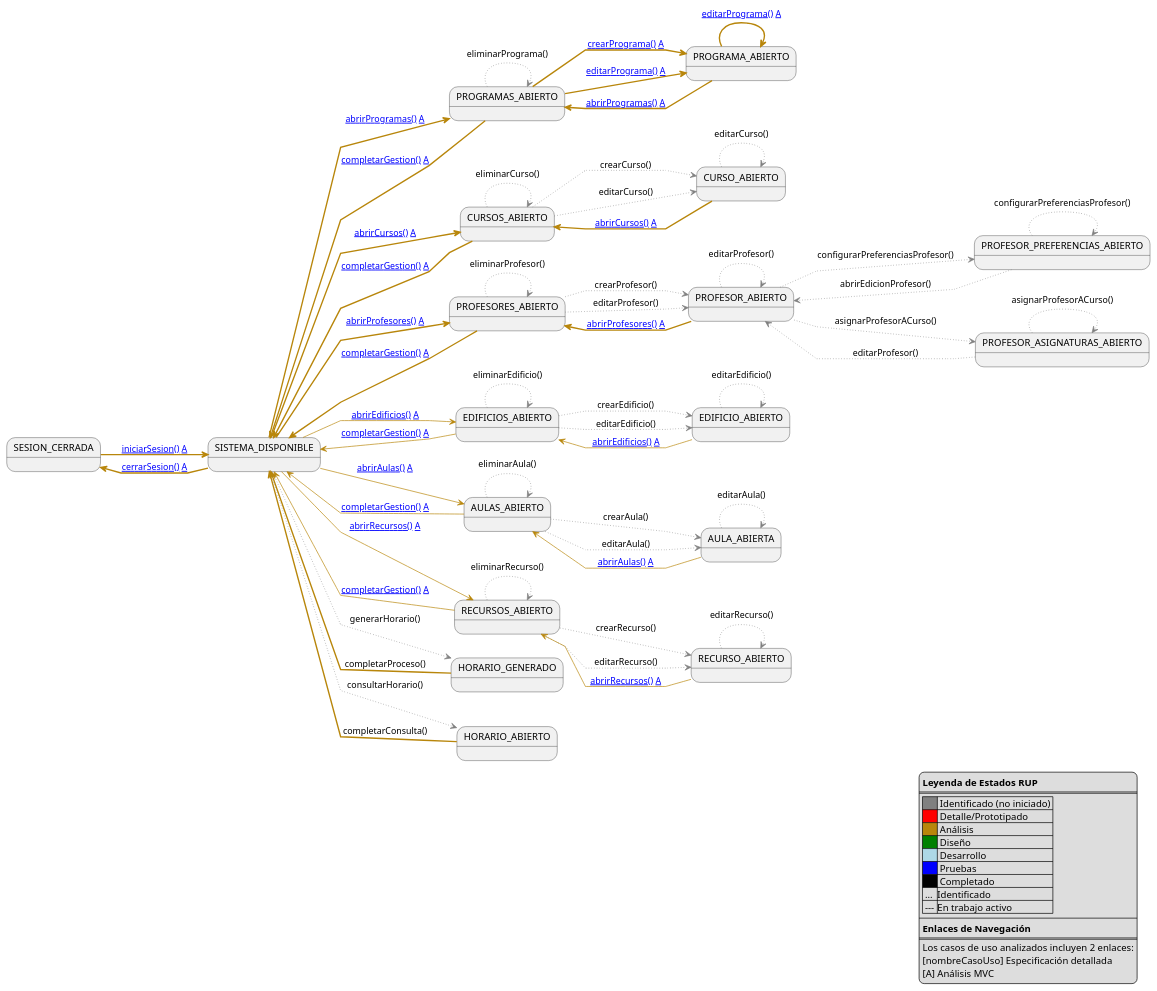
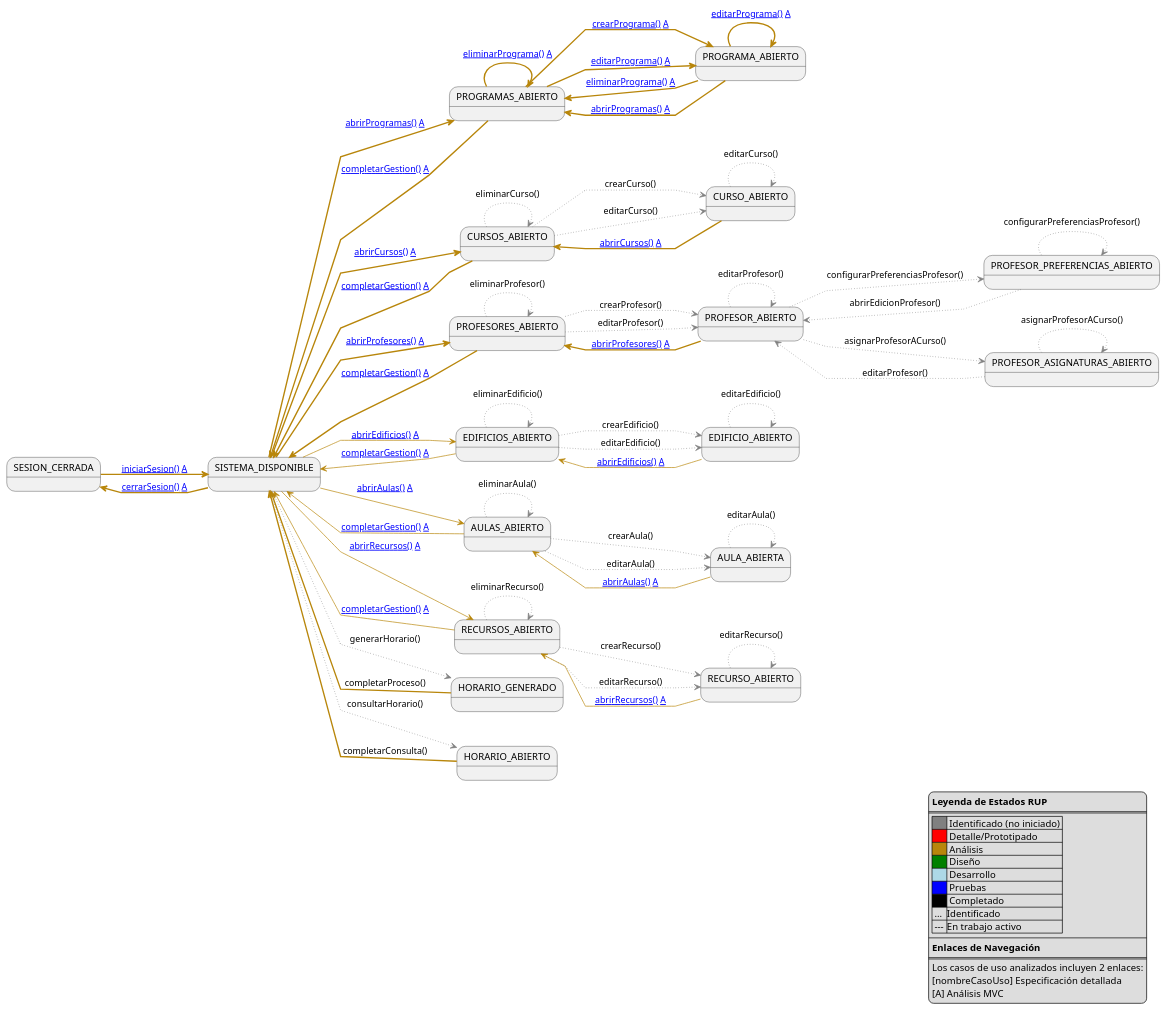
Before and after one commit to Hexcss/scheduler: the diagram in RUP/99-seguimiento/diagrama-contexto-administrador.puml, drawn with PlantUML. The commit also changed 16 other files, not shown here.

First line of the commit message:
feat(rup): implementar eliminarPrograma() con patrón <<include>>

```diff
--- a/RUP/99-seguimiento/diagrama-contexto-administrador.puml
+++ b/RUP/99-seguimiento/diagrama-contexto-administrador.puml
@@ -1,104 +1,105 @@
 @startuml diagrama-contexto-administrador
 
 left to right direction
 skinparam linetype polyline
 
 legend bottom right
     **Leyenda de Estados RUP**
     ====
     |<#gray>     | Identificado (no iniciado) |
     |<#red>      | Detalle/Prototipado |
     |<#darkgoldenrod>| Análisis |
     |<#green>    | Diseño |
     |<#lightblue>| Desarrollo |
     |<#blue>     | Pruebas |
     |<#black>    | Completado |
     | ... |Identificado|
     | --- |En trabajo activo|
     ----
     **Enlaces de Navegación**
     ====
     Los casos de uso analizados incluyen 2 enlaces:
     [nombreCasoUso] Especificación detallada
     [A] Análisis MVC
 end legend
 
 state "SESION_CERRADA" as NoAuth
 state "SISTEMA_DISPONIBLE" as Menu
 
 state "PROGRAMAS_ABIERTO" as ListProgramas
 state "PROGRAMA_ABIERTO" as EditPrograma
 state "CURSOS_ABIERTO" as ListCursos
 state "CURSO_ABIERTO" as EditCurso
 state "PROFESORES_ABIERTO" as ListProfesores
 state "PROFESOR_ABIERTO" as EditProfesor
 state "PROFESOR_PREFERENCIAS_ABIERTO" as EditProfesorPreferencias
 state "EDIFICIOS_ABIERTO" as ListEdificios
 state "EDIFICIO_ABIERTO" as EditEdificio
 state "AULAS_ABIERTO" as ListAulas
 state "AULA_ABIERTA" as EditAula
 state "RECURSOS_ABIERTO" as ListRecursos
 state "RECURSO_ABIERTO" as EditRecurso
 
 state "PROFESOR_ASIGNATURAS_ABIERTO" as Asignaciones
 state "HORARIO_GENERADO" as Generacion
 state "HORARIO_ABIERTO" as Consulta
 
 NoAuth -[#darkgoldenrod,thickness=2]-> Menu: [[https://github.com/mmasias/pySigHor/blob/main/RUP/00-casos-uso/02-detalle/iniciarSesion/README.md iniciarSesion()]] [[https://github.com/mmasias/pySigHor/blob/main/RUP/01-analisis/casos-uso/iniciarSesion/README.md A]]
 
 Menu -[#darkgoldenrod,thickness=2]-> NoAuth: [[https://github.com/mmasias/pySigHor/blob/main/RUP/00-casos-uso/02-detalle/cerrarSesion/README.md cerrarSesion()]] [[https://github.com/mmasias/pySigHor/blob/main/RUP/01-analisis/casos-uso/cerrarSesion/README.md A]]
 Menu -[#darkgoldenrod,thickness=2]-> ListProgramas: [[https://github.com/mmasias/pySigHor/blob/main/RUP/00-casos-uso/02-detalle/abrirProgramas/README.md abrirProgramas()]] [[https://github.com/mmasias/pySigHor/blob/main/RUP/01-analisis/casos-uso/abrirProgramas/README.md A]]
 Menu -[#darkgoldenrod,thickness=2]-> ListCursos: [[https://github.com/mmasias/pySigHor/blob/main/RUP/00-casos-uso/02-detalle/abrirCursos/README.md abrirCursos()]] [[https://github.com/mmasias/pySigHor/blob/main/RUP/01-analisis/casos-uso/abrirCursos/README.md A]]
 Menu -[#darkgoldenrod,thickness=2]-> ListProfesores: [[https://github.com/mmasias/pySigHor/blob/main/RUP/00-casos-uso/02-detalle/abrirProfesores/README.md abrirProfesores()]] [[https://github.com/mmasias/pySigHor/blob/main/RUP/01-analisis/casos-uso/abrirProfesores/README.md A]]
 Menu -[#darkgoldenrod]-> ListEdificios: [[https://github.com/mmasias/pySigHor/blob/main/RUP/00-casos-uso/02-detalle/abrirEdificios/README.md abrirEdificios()]] [[https://github.com/mmasias/pySigHor/blob/main/RUP/01-analisis/casos-uso/abrirEdificios/README.md A]]
 Menu -[#darkgoldenrod]-> ListAulas: [[https://github.com/mmasias/pySigHor/blob/main/RUP/00-casos-uso/02-detalle/abrirAulas/README.md abrirAulas()]] [[https://github.com/mmasias/pySigHor/blob/main/RUP/01-analisis/casos-uso/abrirAulas/README.md A]]
 Menu -[#darkgoldenrod]-> ListRecursos: [[https://github.com/mmasias/pySigHor/blob/main/RUP/00-casos-uso/02-detalle/abrirRecursos/README.md abrirRecursos()]] [[https://github.com/mmasias/pySigHor/blob/main/RUP/01-analisis/casos-uso/abrirRecursos/README.md A]]
 Menu -[#gray,dotted]-> Generacion: generarHorario()
 Menu -[#gray,dotted]-> Consulta: consultarHorario()
 
 EditProfesor -[#gray,dotted]-> Asignaciones: asignarProfesorACurso()
 
 Asignaciones -[#gray,dotted]-> Asignaciones: asignarProfesorACurso()
 Asignaciones -[#gray,dotted]-> EditProfesor: editarProfesor()
 ListProgramas -[#darkgoldenrod,thickness=2]-> EditPrograma: [[https://github.com/mmasias/pySigHor/blob/main/RUP/00-casos-uso/02-detalle/crearPrograma/README.md crearPrograma()]] [[https://github.com/mmasias/pySigHor/blob/main/RUP/01-analisis/casos-uso/crearPrograma/README.md A]]
 ListProgramas -[#darkgoldenrod,thickness=2]-> EditPrograma: [[https://github.com/mmasias/pySigHor/blob/main/RUP/00-casos-uso/02-detalle/editarPrograma/README.md editarPrograma()]] [[https://github.com/mmasias/pySigHor/blob/main/RUP/01-analisis/casos-uso/editarPrograma/README.md A]]
-ListProgramas -[#gray,dotted]-> ListProgramas: eliminarPrograma()
+ListProgramas -[#darkgoldenrod,thickness=2]-> ListProgramas: [[https://github.com/mmasias/pySigHor/blob/main/RUP/00-casos-uso/02-detalle/eliminarPrograma/README.md eliminarPrograma()]] [[https://github.com/mmasias/pySigHor/blob/main/RUP/01-analisis/casos-uso/eliminarPrograma/README.md A]]
 EditPrograma -[#darkgoldenrod,thickness=2]-> EditPrograma: [[https://github.com/mmasias/pySigHor/blob/main/RUP/00-casos-uso/02-detalle/editarPrograma/README.md editarPrograma()]] [[https://github.com/mmasias/pySigHor/blob/main/RUP/01-analisis/casos-uso/editarPrograma/README.md A]]
+EditPrograma -[#darkgoldenrod,thickness=2]-> ListProgramas: [[https://github.com/mmasias/pySigHor/blob/main/RUP/00-casos-uso/02-detalle/eliminarPrograma/README.md eliminarPrograma()]] [[https://github.com/mmasias/pySigHor/blob/main/RUP/01-analisis/casos-uso/eliminarPrograma/README.md A]]
 EditPrograma -[#darkgoldenrod,thickness=2]-> ListProgramas: [[https://github.com/mmasias/pySigHor/blob/main/RUP/00-casos-uso/02-detalle/abrirProgramas/README.md abrirProgramas()]] [[https://github.com/mmasias/pySigHor/blob/main/RUP/01-analisis/casos-uso/abrirProgramas/README.md A]]
 ListCursos -[#gray,dotted]-> EditCurso: crearCurso()
 ListCursos -[#gray,dotted]-> EditCurso: editarCurso()
 ListCursos -[#gray,dotted]-> ListCursos: eliminarCurso()
 EditCurso -[#gray,dotted]-> EditCurso: editarCurso()
 EditCurso -[#darkgoldenrod,thickness=2]-> ListCursos: [[https://github.com/mmasias/pySigHor/blob/main/RUP/00-casos-uso/02-detalle/abrirCursos/README.md abrirCursos()]] [[https://github.com/mmasias/pySigHor/blob/main/RUP/01-analisis/casos-uso/abrirCursos/README.md A]]
 ListProfesores -[#gray,dotted]-> EditProfesor: crearProfesor()
 ListProfesores -[#gray,dotted]-> EditProfesor: editarProfesor()
 ListProfesores -[#gray,dotted]-> ListProfesores: eliminarProfesor()
 EditProfesor -[#gray,dotted]-> EditProfesor: editarProfesor()
 EditProfesor -[#gray,dotted]-> EditProfesorPreferencias: configurarPreferenciasProfesor()
 EditProfesor -[#darkgoldenrod,thickness=2]-> ListProfesores: [[https://github.com/mmasias/pySigHor/blob/main/RUP/00-casos-uso/02-detalle/abrirProfesores/README.md abrirProfesores()]] [[https://github.com/mmasias/pySigHor/blob/main/RUP/01-analisis/casos-uso/abrirProfesores/README.md A]]
 EditProfesorPreferencias -[#gray,dotted]-> EditProfesorPreferencias: configurarPreferenciasProfesor()
 EditProfesorPreferencias -[#gray,dotted]-> EditProfesor: abrirEdicionProfesor()
 ListEdificios -[#gray,dotted]-> EditEdificio: crearEdificio()
 ListEdificios -[#gray,dotted]-> EditEdificio: editarEdificio()
 ListEdificios -[#gray,dotted]-> ListEdificios: eliminarEdificio()
 EditEdificio -[#gray,dotted]-> EditEdificio: editarEdificio()
 EditEdificio -[#darkgoldenrod]-> ListEdificios: [[https://github.com/mmasias/pySigHor/blob/main/RUP/00-casos-uso/02-detalle/abrirEdificios/README.md abrirEdificios()]] [[https://github.com/mmasias/pySigHor/blob/main/RUP/01-analisis/casos-uso/abrirEdificios/README.md A]]
 ListAulas -[#gray,dotted]-> EditAula: crearAula()
 ListAulas -[#gray,dotted]-> EditAula: editarAula()
 ListAulas -[#gray,dotted]-> ListAulas: eliminarAula()
 EditAula -[#gray,dotted]-> EditAula: editarAula()
 EditAula -[#darkgoldenrod]-> ListAulas: [[https://github.com/mmasias/pySigHor/blob/main/RUP/00-casos-uso/02-detalle/abrirAulas/README.md abrirAulas()]] [[https://github.com/mmasias/pySigHor/blob/main/RUP/01-analisis/casos-uso/abrirAulas/README.md A]]
 ListRecursos -[#gray,dotted]-> EditRecurso: crearRecurso()
 ListRecursos -[#gray,dotted]-> EditRecurso: editarRecurso()
 ListRecursos -[#gray,dotted]-> ListRecursos: eliminarRecurso()
 EditRecurso -[#gray,dotted]-> EditRecurso: editarRecurso()
 EditRecurso -[#darkgoldenrod]-> ListRecursos: [[https://github.com/mmasias/pySigHor/blob/main/RUP/00-casos-uso/02-detalle/abrirRecursos/README.md abrirRecursos()]] [[https://github.com/mmasias/pySigHor/blob/main/RUP/01-analisis/casos-uso/abrirRecursos/README.md A]]
 ListProgramas -[#darkgoldenrod,thickness=2]-> Menu: [[https://github.com/mmasias/pySigHor/blob/main/RUP/00-casos-uso/02-detalle/completarGestion/README.md completarGestion()]] [[https://github.com/mmasias/pySigHor/blob/main/RUP/01-analisis/casos-uso/completarGestion/README.md A]]
 ListCursos -[#darkgoldenrod,thickness=2]-> Menu: [[https://github.com/mmasias/pySigHor/blob/main/RUP/00-casos-uso/02-detalle/completarGestion/README.md completarGestion()]] [[https://github.com/mmasias/pySigHor/blob/main/RUP/01-analisis/casos-uso/completarGestion/README.md A]]
 ListProfesores -[#darkgoldenrod,thickness=2]-> Menu: [[https://github.com/mmasias/pySigHor/blob/main/RUP/00-casos-uso/02-detalle/completarGestion/README.md completarGestion()]] [[https://github.com/mmasias/pySigHor/blob/main/RUP/01-analisis/casos-uso/completarGestion/README.md A]]
 ListEdificios -[#darkgoldenrod]-> Menu: [[https://github.com/mmasias/pySigHor/blob/main/RUP/00-casos-uso/02-detalle/completarGestion/README.md completarGestion()]] [[https://github.com/mmasias/pySigHor/blob/main/RUP/01-analisis/casos-uso/completarGestion/README.md A]]
 ListAulas -[#darkgoldenrod]-> Menu: [[https://github.com/mmasias/pySigHor/blob/main/RUP/00-casos-uso/02-detalle/completarGestion/README.md completarGestion()]] [[https://github.com/mmasias/pySigHor/blob/main/RUP/01-analisis/casos-uso/completarGestion/README.md A]]
 ListRecursos -[#darkgoldenrod]-> Menu: [[https://github.com/mmasias/pySigHor/blob/main/RUP/00-casos-uso/02-detalle/completarGestion/README.md completarGestion()]] [[https://github.com/mmasias/pySigHor/blob/main/RUP/01-analisis/casos-uso/completarGestion/README.md A]]
 Generacion -[#darkgoldenrod,thickness=2]-> Menu: completarProceso()
 Consulta -[#darkgoldenrod,thickness=2]-> Menu: completarConsulta()
 @enduml
```
